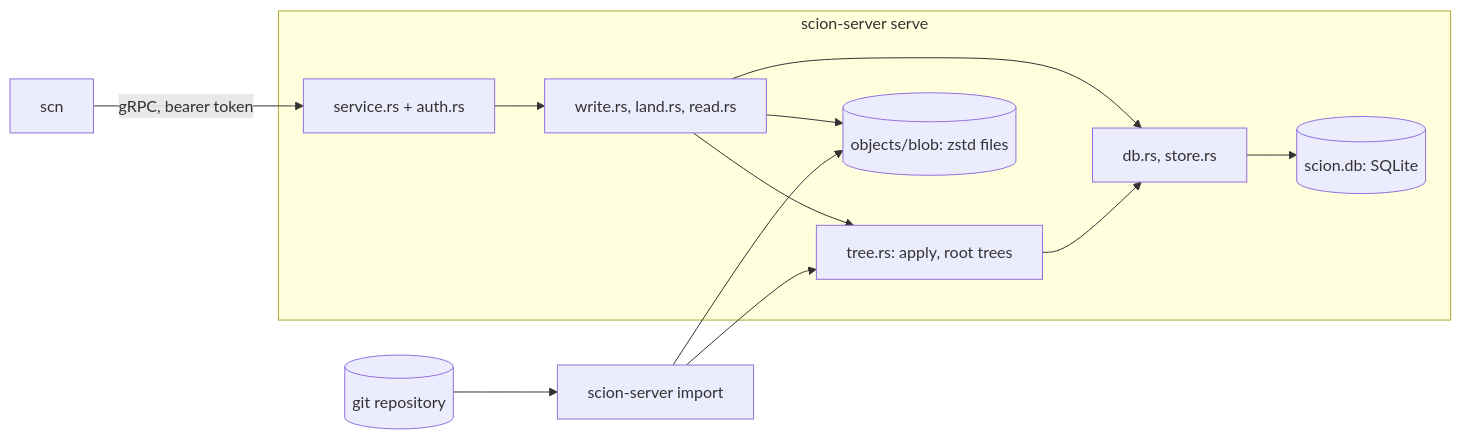
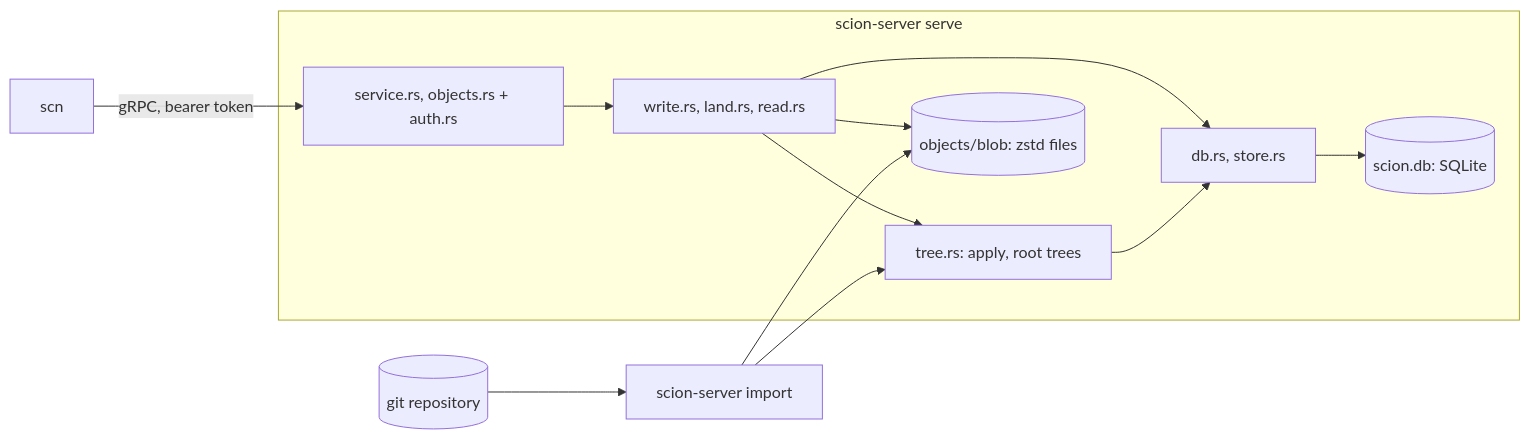
The first of 4 diagrams in docs/architecture.md (Performant-Labs/openscion), drawn with Mermaid before and after one commit. The commit also changed other lines of this file and 18 other files, not shown here.

First line of the commit message:
Objects service, scn checkout, and a checkout-safe path policy (#25)

````diff
--- a/docs/architecture.md
+++ b/docs/architecture.md
@@ -19,15 +19,15 @@
 ```mermaid
 flowchart LR
     scn["scn"] -->|"gRPC, bearer token"| svc
     subgraph serve["scion-server serve"]
-        svc["service.rs + auth.rs"] --> ops["write.rs, land.rs, read.rs"]
+        svc["service.rs, objects.rs + auth.rs"] --> ops["write.rs, land.rs, read.rs"]
         ops --> tree["tree.rs: apply, root trees"]
         ops --> db["db.rs, store.rs"]
         tree --> db
         db --> sqlite[("scion.db: SQLite")]
         ops --> blobs[("objects/blob: zstd files")]
     end
     git[("git repository")] --> imp["scion-server import"]
     imp --> tree
     imp --> blobs
 ```
````
